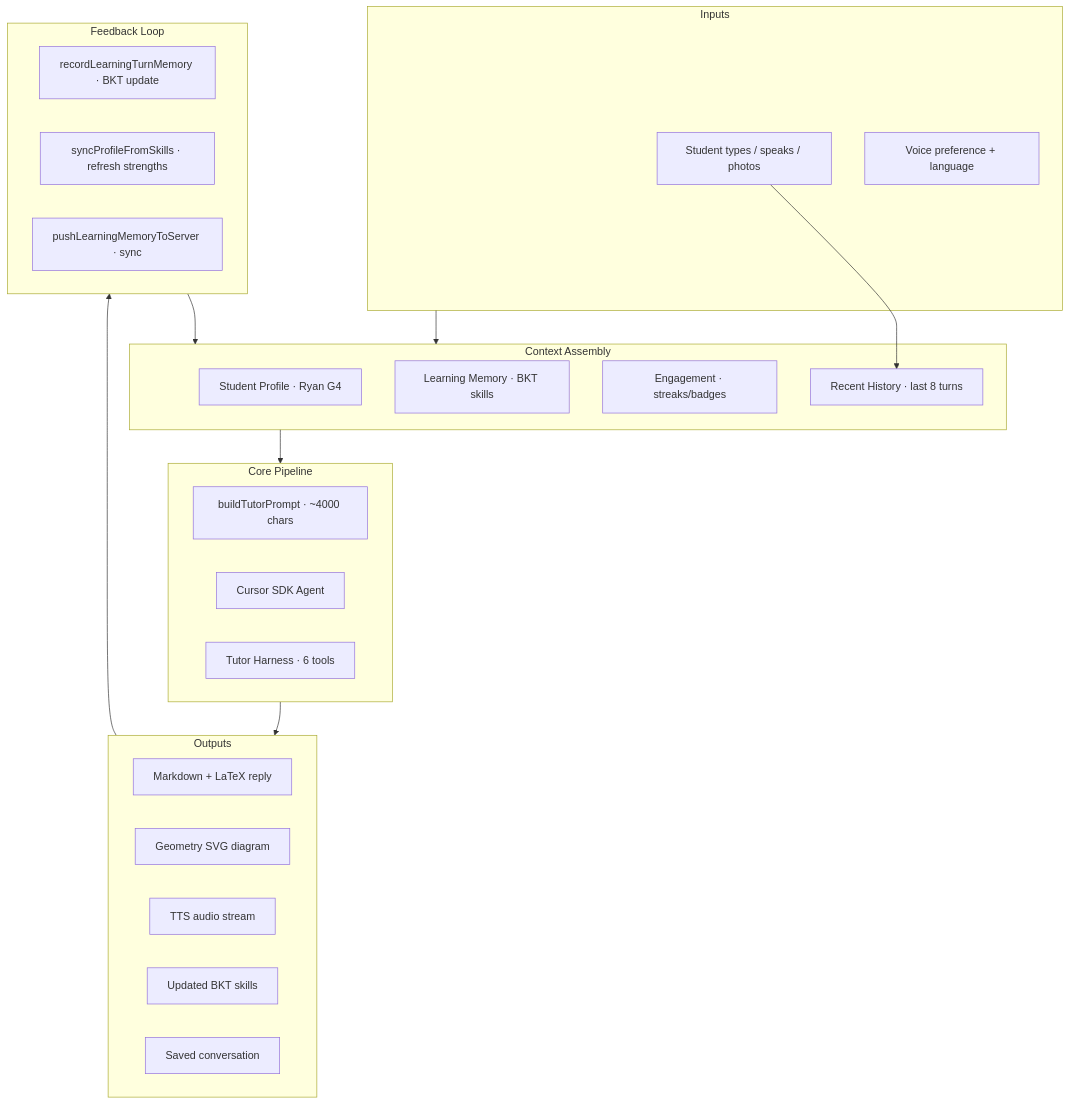
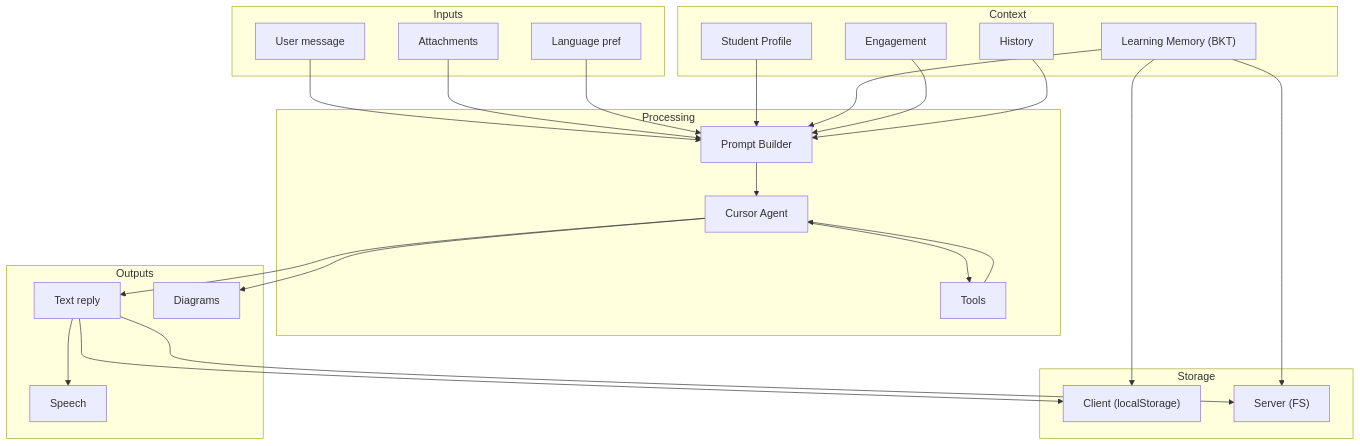
The diagram in docs/synthesis.md (zilinli/ryan_learning), drawn with Mermaid before and after one commit. The commit also changed other lines of this file and 9 other files, not shown here.

First line of the commit message:
docs: restructure design docs — general/specific/general with memory-bkt deep-dive

````diff
--- a/docs/synthesis.md
+++ b/docs/synthesis.md
@@ -10,38 +41,50 @@
 ```mermaid
-flowchart TB
+flowchart TD
     subgraph Inputs
-        A["Student types / speaks / photos"]
-        B["Voice preference + language"]
+        U["User message"]
+        A["Attachments"]
+        L["Language pref"]
     end
 
-    subgraph Context["Context Assembly"]
-        C1["Student Profile · Ryan G4"]
-        C2["Learning Memory · BKT skills"]
-        C3["Engagement · streaks/badges"]
-        C4["Recent History · last 8 turns"]
-        A --> C4
+    subgraph Context
+        P["Student Profile"]
+        M["Learning Memory (BKT)"]
+        E["Engagement"]
+        H["History"]
     end
 
-    subgraph Core["Core Pipeline"]
-        D1["buildTutorPrompt · ~4000 chars"]
-        D2["Cursor SDK Agent"]
-        D3["Tutor Harness · 6 tools"]
+    subgraph Processing
+        PR["Prompt Builder"]
+        AG["Cursor Agent"]
+        TO["Tools"]
     end
 
     subgraph Outputs
-        E1["Markdown + LaTeX reply"]
-        E2["Geometry SVG diagram"]
-        E3["TTS audio stream"]
-        E4["Updated BKT skills"]
-        E5["Saved conversation"]
+        TX["Text reply"]
+        DG["Diagrams"]
+        SP["Speech"]
     end
 
-    subgraph Feedback["Feedback Loop"]
-        F1["recordLearningTurnMemory · BKT update"]
-        F2["syncProfileFromSkills · refresh strengths"]
-        F3["pushLearningMemoryToServer · sync"]
+    subgraph Storage
+        CL["Client (localStorage)"]
+        SV["Server (FS)"]
     end
 
-    Inputs --> Context --> Core --> Outputs
-    Outputs --> Feedback --> Context
+    U --> PR
+    A --> PR
+    L --> PR
+    P --> PR
+    M --> PR
+    E --> PR
+    H --> PR
+    PR --> AG
+    AG --> TO
+    TO --> AG
+    AG --> TX
+    AG --> DG
+    TX --> CL
+    TX --> SV
+    M --> CL
+    M --> SV
+    TX --> SP
 ```
````
